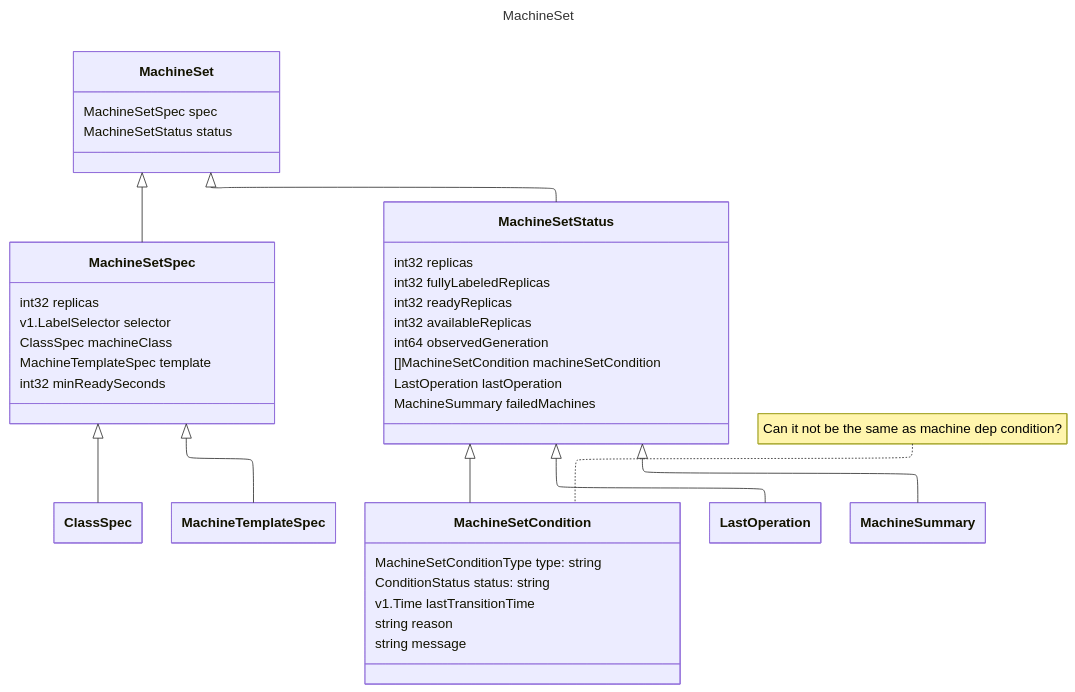
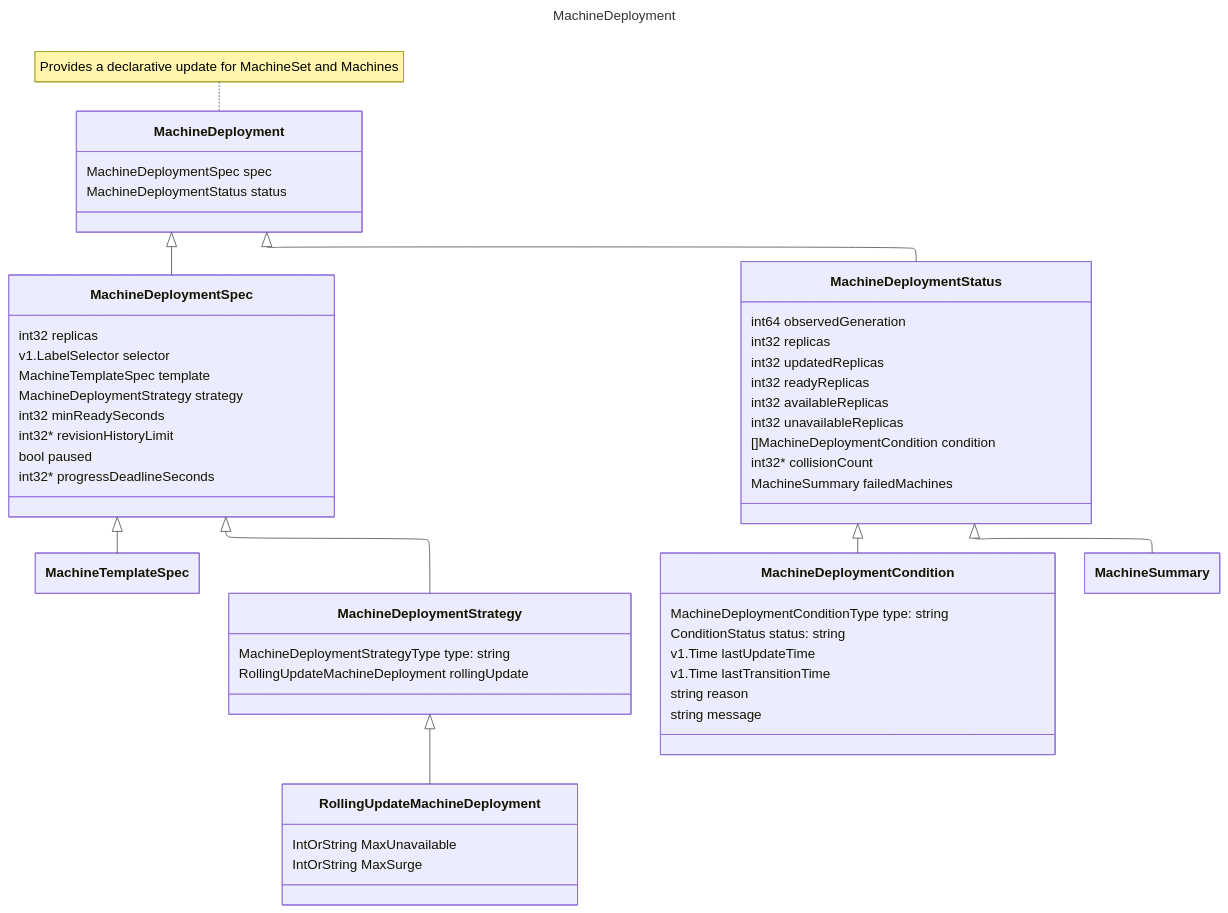
Before and after one commit to brongulus/brongulus.github.io: the fourth of 4 diagrams in content/notes/20241129T160749--mcm__k8s_sap_work.md, drawn with Mermaid. The commit also changed other lines of this file and 34 other files, not shown here.

````diff
--- a/content/notes/20241129T160749--mcm__k8s_sap_work.md
+++ b/content/notes/20241129T160749--mcm__k8s_sap_work.md
@@ -215,51 +230,67 @@
 ```mermaid
 ---
-title: MachineSet
+title: MachineDeployment
 config:
   layout: elk
   class:
     hideEmptyMembersBox: true
 ---
+%%{init: { 'themeVariables': { 'lineColor': '#51565b'}}}%%
 classDiagram
- %% MachineSet ---------------------------------
-   MachineSet <|-- MachineSetSpec
-   MachineSet <|-- MachineSetStatus
-   class MachineSet{
-   MachineSetSpec spec
-   MachineSetStatus status
+ %% Deployment ---------------------------------
+   note for MachineDeployment "Provides a declarative update for MachineSet and Machines"
+   MachineDeployment <|-- MachineDeploymentSpec
+   MachineDeployment <|-- MachineDeploymentStatus
+   class MachineDeployment{
+   MachineDeploymentSpec spec
+   MachineDeploymentStatus status
+   }
+   %%--
+   MachineDeploymentSpec <|-- MachineTemplateSpec
+   MachineDeploymentSpec <|-- MachineDeploymentStrategy
+   class MachineDeploymentSpec{
+   int32 replicas
+   v1.LabelSelector selector
+   MachineTemplateSpec template
+   MachineDeploymentStrategy strategy
+   int32 minReadySeconds
+   int32* revisionHistoryLimit
+   bool paused
+      int32* progressDeadlineSeconds
    }
 
-   MachineSetSpec <|-- ClassSpec
-   MachineSetSpec <|-- MachineTemplateSpec
-   class MachineSetSpec{
-   int32 replicas
-   v1.LabelSelector selector
-   ClassSpec machineClass
-   MachineTemplateSpec template
-   int32 minReadySeconds
+   MachineDeploymentStrategy <|-- RollingUpdateMachineDeployment
+   class MachineDeploymentStrategy{
+   MachineDeploymentStrategyType type: string
+   RollingUpdateMachineDeployment rollingUpdate
    }
 
-   MachineSetStatus <|-- MachineSetCondition
-   MachineSetStatus <|-- LastOperation
-   MachineSetStatus <|-- MachineSummary
-   class MachineSetStatus{
+   class RollingUpdateMachineDeployment{
+   IntOrString MaxUnavailable
+   IntOrString MaxSurge
+   }
+   %%--
+   MachineDeploymentStatus <|-- MachineDeploymentCondition
+   MachineDeploymentStatus <|-- MachineSummary
+   class MachineDeploymentStatus{
+   int64 observedGeneration
    int32 replicas
-   int32 fullyLabeledReplicas
+   int32 updatedReplicas
    int32 readyReplicas
    int32 availableReplicas
-   int64 observedGeneration
-   []MachineSetCondition machineSetCondition
-   LastOperation lastOperation
+   int32 unavailableReplicas
+   []MachineDeploymentCondition condition
+   int32* collisionCount
    MachineSummary failedMachines
    }
 
-   class MachineSetCondition{
-   MachineSetConditionType type: string
+   class MachineDeploymentCondition{
+   MachineDeploymentConditionType type: string
    ConditionStatus status: string
+   v1.Time lastUpdateTime
    v1.Time lastTransitionTime
    string reason
    string message
    }
 
-   note for MachineSetCondition "Can it not be the same as machine dep condition?"
 ```
````
